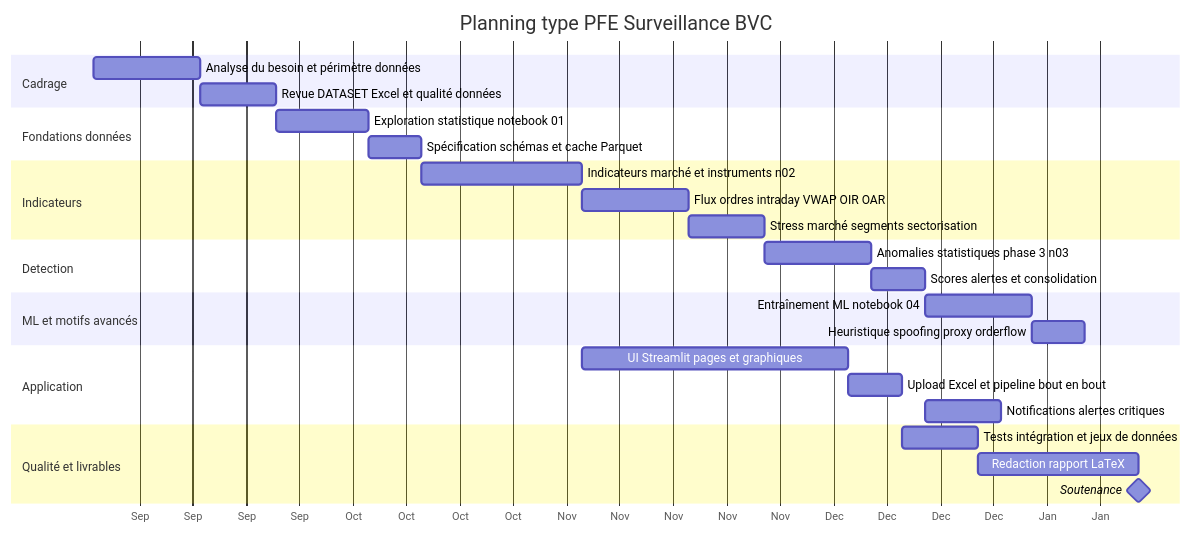
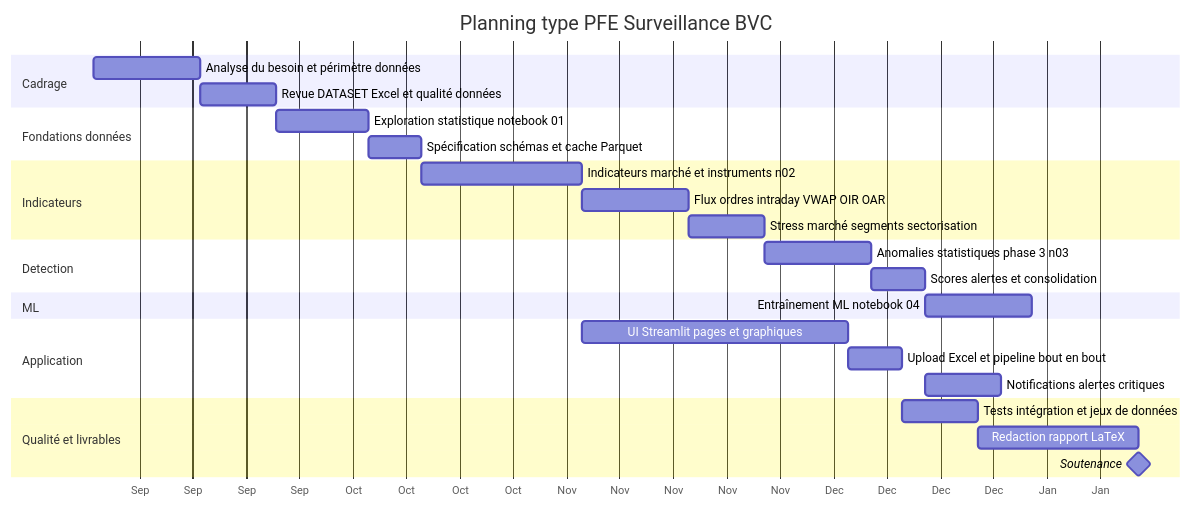
The fifth of 5 diagrams in docs/diagrammes_projet.md (Ashrafsellak9/BourseDeCasablanca), drawn with Mermaid before and after one commit. The commit also changed other lines of this file and 9 other files, not shown here.

````diff
--- a/docs/diagrammes_projet.md
+++ b/docs/diagrammes_projet.md
@@ -277,37 +266,36 @@
 ```mermaid
 gantt
     title Planning type PFE Surveillance BVC
     dateFormat  YYYY-MM-DD
     axisFormat  %b
 
     section Cadrage
     Analyse du besoin et périmètre données     :a1, 2025-09-01, 14d
     Revue DATASET Excel et qualité données    :a2, after a1, 10d
 
     section Fondations données
     Exploration statistique notebook 01       :b1, after a2, 12d
     Spécification schémas et cache Parquet      :b2, after b1, 7d
 
     section Indicateurs
     Indicateurs marché et instruments n02    :c1, after b2, 21d
     Flux ordres intraday VWAP OIR OAR        :c2, after c1, 14d
     Stress marché segments sectorisation     :c3, after c2, 10d
 
     section Detection
     Anomalies statistiques phase 3 n03        :d1, after c3, 14d
     Scores alertes et consolidation            :d2, after d1, 7d
 
-    section ML et motifs avancés
+    section ML
     Entraînement ML notebook 04                :e1, after d2, 14d
-    Heuristique spoofing proxy orderflow     :e2, after e1, 7d
 
     section Application
     UI Streamlit pages et graphiques           :f1, after c1, 35d
     Upload Excel et pipeline bout en bout      :f2, after f1, 7d
     Notifications alertes critiques            :f3, after d2, 10d
 
     section Qualité et livrables
     Tests intégration et jeux de données       :g1, after f2, 10d
     Redaction rapport LaTeX                    :g2, after g1, 21d
     Soutenance                                 :milestone, ms1, after g2, 0d
 ```
````
